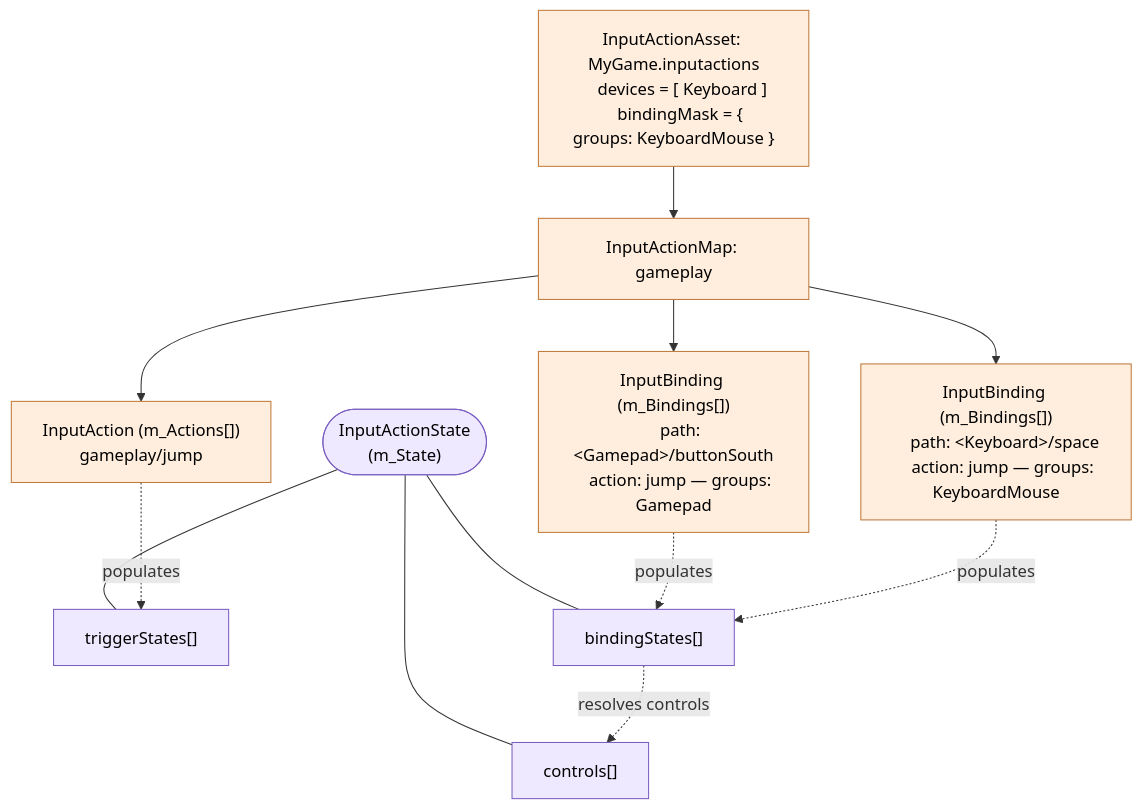
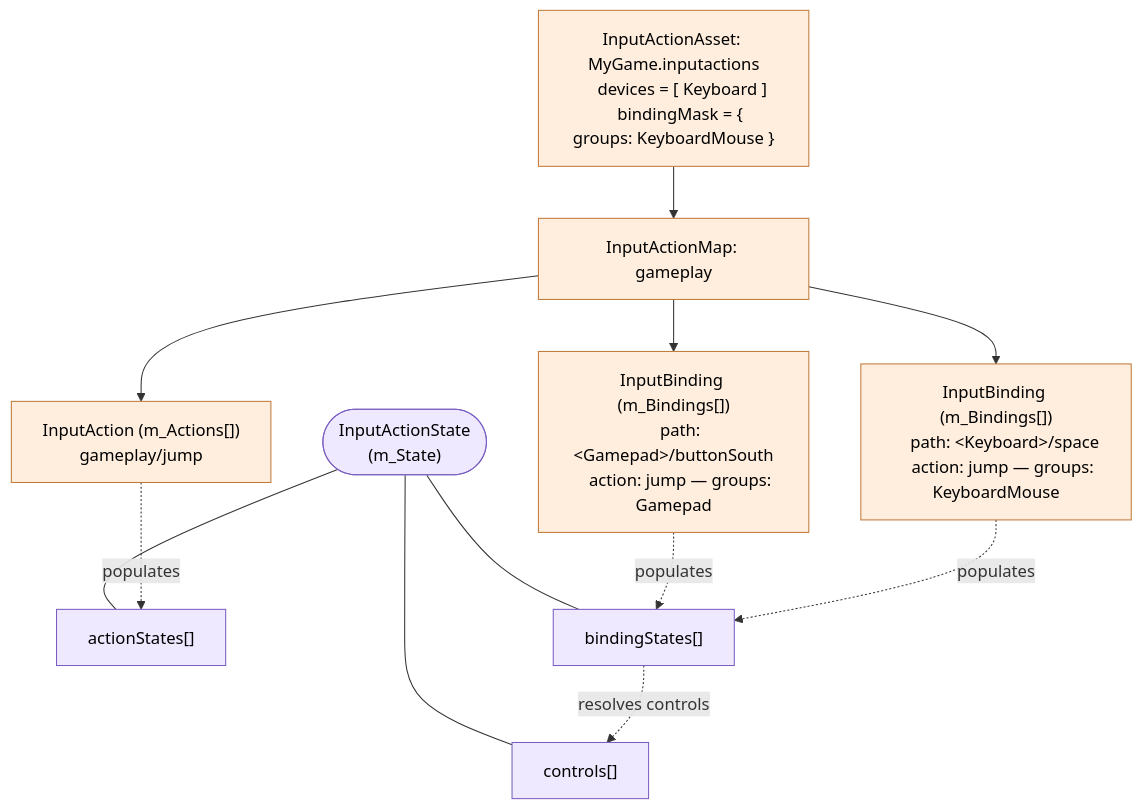
Before and after one commit to Unity-Technologies/InputSystem: the fifth of 5 diagrams in Packages/com.unity.inputsystem/Documentation~/Architecture.md, drawn with Mermaid. The commit also changed other lines of this file, not shown here.

````diff
--- a/Packages/com.unity.inputsystem/Documentation~/Architecture.md
+++ b/Packages/com.unity.inputsystem/Documentation~/Architecture.md
@@ -314,33 +321,33 @@
 ```mermaid
 flowchart TB
     %% Diagram 5: action asset structure
     %% ---------- Asset hierarchy ----------
     Asset["InputActionAsset: MyGame.inputactions
     devices = [ Keyboard ]
     bindingMask = { groups: KeyboardMouse }"]
     Map["InputActionMap: gameplay"]
     Act["InputAction (m_Actions[])
     gameplay/jump"]
     Bind_a["InputBinding (m_Bindings[])
     path: &lt;Keyboard&gt;/space
     action: jump — groups: KeyboardMouse"]
     Bind_b["InputBinding (m_Bindings[])
     path: &lt;Gamepad&gt;/buttonSouth
     action: jump — groups: Gamepad"]
     Asset --> Map
     Map --> Act
     Map --> Bind_a & Bind_b
 
     %% ---------- Populates the runtime action state ----------
-    Act -.->|populates| trig["triggerStates[]"]
+    Act -.->|populates| act["actionStates[]"]
     Bind_a -.->|populates| bind["bindingStates[]"]
     Bind_b -.->|populates| bind
     bind -.->|resolves controls| ctrl["controls[]"]
     State(["InputActionState
-    (m_State)"]) --- trig & bind & ctrl
+    (m_State)"]) --- act & bind & ctrl
 
     classDef asset fill:#ffeede,stroke:#c07a3a,color:#000;
     classDef astate fill:#efe9ff,stroke:#7a5ec0,color:#000;
     class Asset,Map,Act,Bind_a,Bind_b asset;
-    class trig,bind,ctrl,State astate;
+    class act,bind,ctrl,State astate;
 ```
````
